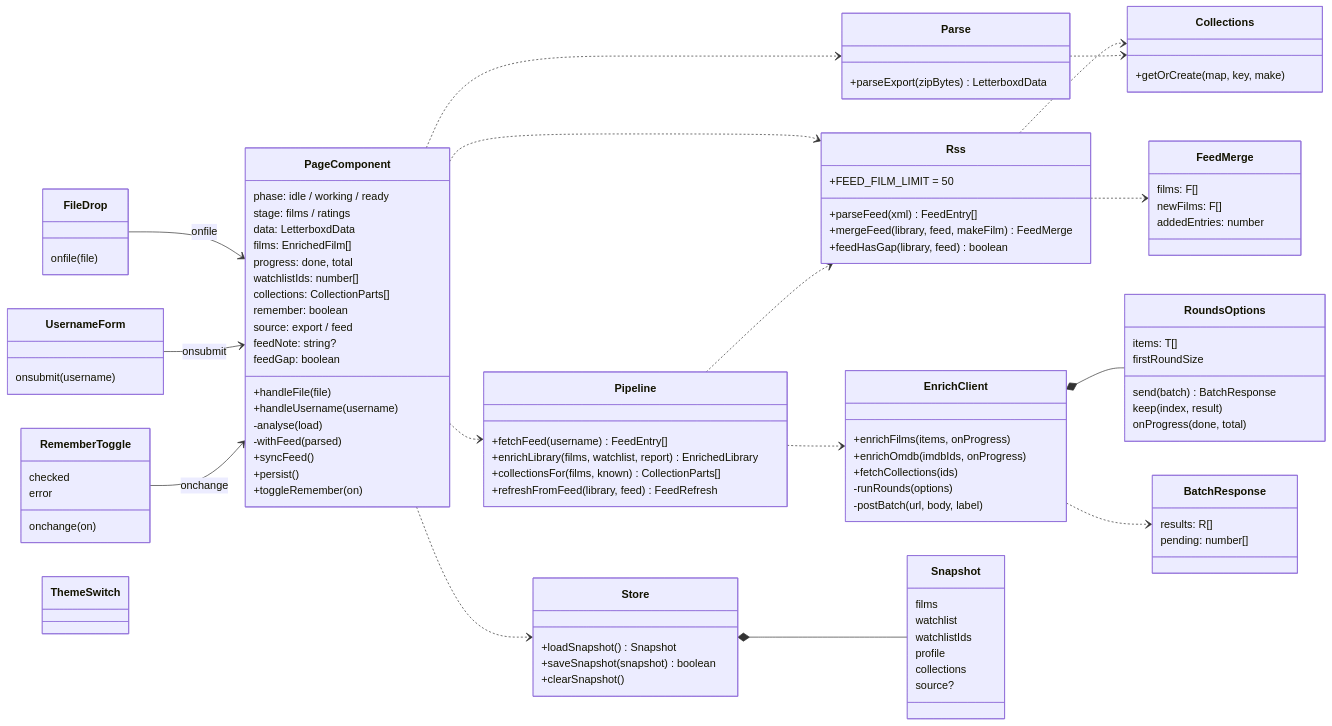
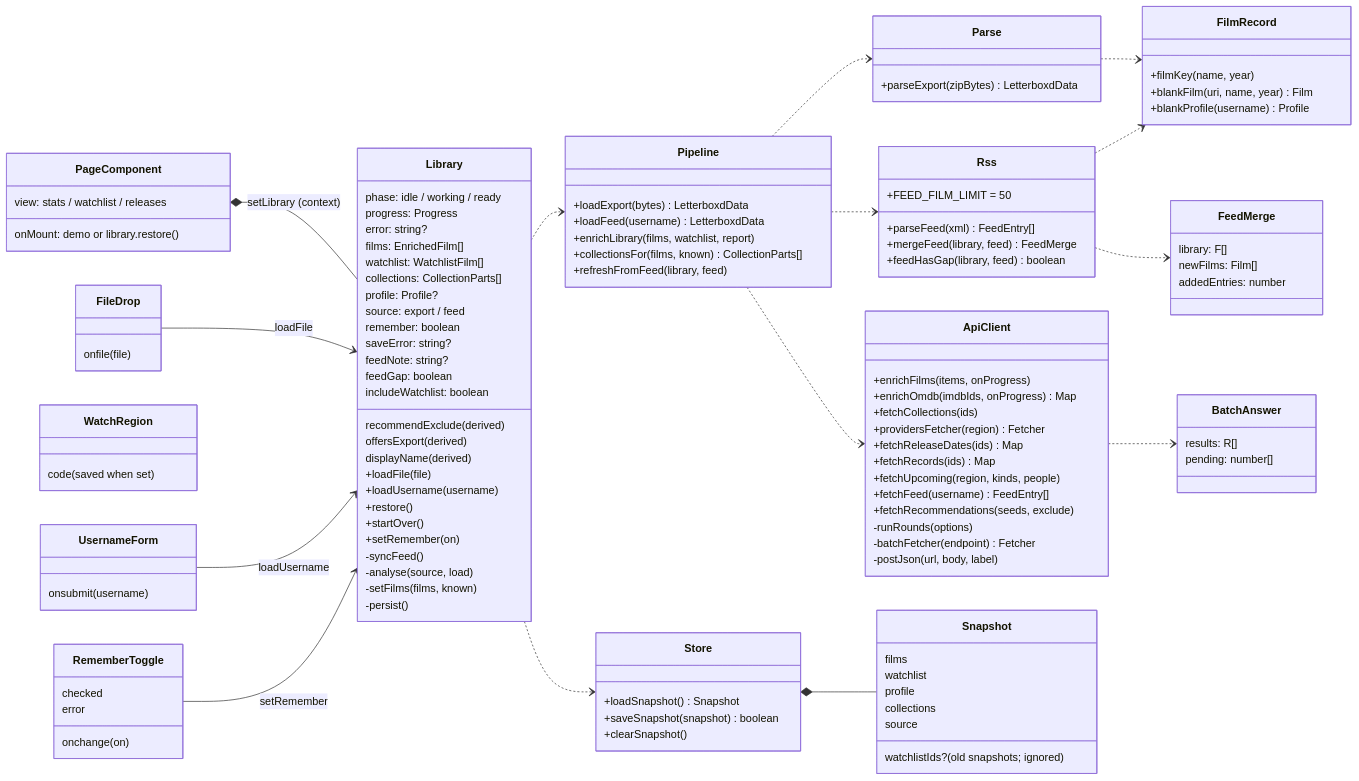
Before and after one commit to LaurinSorgend/letterboxd-vizard: diagram 15 of 26 in docs/ARCHITECTURE.md, drawn with Mermaid. The commit also changed other lines of this file and 319 other files, not shown here.

Commit message:
Untangle the codebase: shared film/api/year modules, per-section dashboard, generic server caches

````diff
--- a/docs/ARCHITECTURE.md
+++ b/docs/ARCHITECTURE.md
@@ -617,63 +774,80 @@
     direction LR
 
     class PageComponent {
+        view: stats / watchlist / releases
+        onMount: demo or library.restore()
+    }
+    class Library {
         phase: idle / working / ready
-        stage: films / ratings
-        data: LetterboxdData
+        progress: Progress
+        error: string?
         films: EnrichedFilm[]
-        progress: done, total
-        watchlistIds: number[]
+        watchlist: WatchlistFilm[]
         collections: CollectionParts[]
+        profile: Profile?
+        source: export / feed
         remember: boolean
-        source: export / feed
+        saveError: string?
         feedNote: string?
         feedGap: boolean
-        +handleFile(file)
-        +handleUsername(username)
-        -analyse(load)
-        -withFeed(parsed)
-        +syncFeed()
-        +persist()
-        +toggleRemember(on)
+        includeWatchlist: boolean
+        recommendExclude (derived)
+        offersExport (derived)
+        displayName (derived)
+        +loadFile(file)
+        +loadUsername(username)
+        +restore()
+        +startOver()
+        +setRemember(on)
+        -syncFeed()
+        -analyse(source, load)
+        -setFilms(films, known)
+        -persist()
     }
     class Parse {
         +parseExport(zipBytes) LetterboxdData
     }
+    class FilmRecord {
+        +filmKey(name, year)
+        +blankFilm(uri, name, year) Film
+        +blankProfile(username) Profile
+    }
     class Rss {
         +FEED_FILM_LIMIT = 50
         +parseFeed(xml) FeedEntry[]
-        +mergeFeed(library, feed, makeFilm) FeedMerge
+        +mergeFeed(library, feed) FeedMerge
         +feedHasGap(library, feed) boolean
     }
     class FeedMerge {
-        films: F[]
-        newFilms: F[]
+        library: F[]
+        newFilms: Film[]
         addedEntries: number
     }
     class Pipeline {
-        +fetchFeed(username) FeedEntry[]
-        +enrichLibrary(films, watchlist, report) EnrichedLibrary
+        +loadExport(bytes) LetterboxdData
+        +loadFeed(username) LetterboxdData
+        +enrichLibrary(films, watchlist, report)
         +collectionsFor(films, known) CollectionParts[]
-        +refreshFromFeed(library, feed) FeedRefresh
+        +refreshFromFeed(library, feed)
     }
     class UsernameForm {
         onsubmit(username)
     }
-    class EnrichClient {
+    class ApiClient {
         +enrichFilms(items, onProgress)
-        +enrichOmdb(imdbIds, onProgress)
+        +enrichOmdb(imdbIds, onProgress) Map
         +fetchCollections(ids)
+        +providersFetcher(region) Fetcher
+        +fetchReleaseDates(ids) Map
+        +fetchRecords(ids) Map
+        +fetchUpcoming(region, kinds, people)
+        +fetchFeed(username) FeedEntry[]
+        +fetchRecommendations(seeds, exclude)
         -runRounds(options)
-        -postBatch(url, body, label)
+        -batchFetcher(endpoint) Fetcher
+        -postJson(url, body, label)
     }
-    class RoundsOptions {
-        items: T[]
-        send(batch) BatchResponse
-        keep(index, result)
-        onProgress(done, total)
-        firstRoundSize
-    }
-    class BatchResponse {
+    class BatchAnswer {
         results: R[]
         pending: number[]
     }
@@ -685,13 +859,13 @@
     class Snapshot {
         films
         watchlist
-        watchlistIds
+        watchlistIds? (old snapshots; ignored)
         profile
         collections
-        source?
+        source
     }
-    class Collections {
-        +getOrCreate(map, key, make)
+    class WatchRegion {
+        code (saved when set)
     }
     class FileDrop {
         onfile(file)
@@ -701,22 +875,19 @@
         error
         onchange(on)
     }
-    class ThemeSwitch {
-    }
 
-    FileDrop --> PageComponent : onfile
-    UsernameForm --> PageComponent : onsubmit
-    RememberToggle --> PageComponent : onchange
-    PageComponent ..> Parse
-    PageComponent ..> Rss
-    PageComponent ..> Pipeline
-    PageComponent ..> Store
-    Pipeline ..> EnrichClient
+    PageComponent *-- Library : setLibrary (context)
+    FileDrop --> Library : loadFile
+    UsernameForm --> Library : loadUsername
+    RememberToggle --> Library : setRemember
+    Library ..> Pipeline
+    Library ..> Store
+    Pipeline ..> Parse
     Pipeline ..> Rss
+    Pipeline ..> ApiClient
+    Parse ..> FilmRecord
+    Rss ..> FilmRecord
     Rss ..> FeedMerge
-    Rss ..> Collections
-    Parse ..> Collections
-    EnrichClient *-- RoundsOptions
-    EnrichClient ..> BatchResponse
+    ApiClient ..> BatchAnswer
     Store *-- Snapshot
 ```
````
